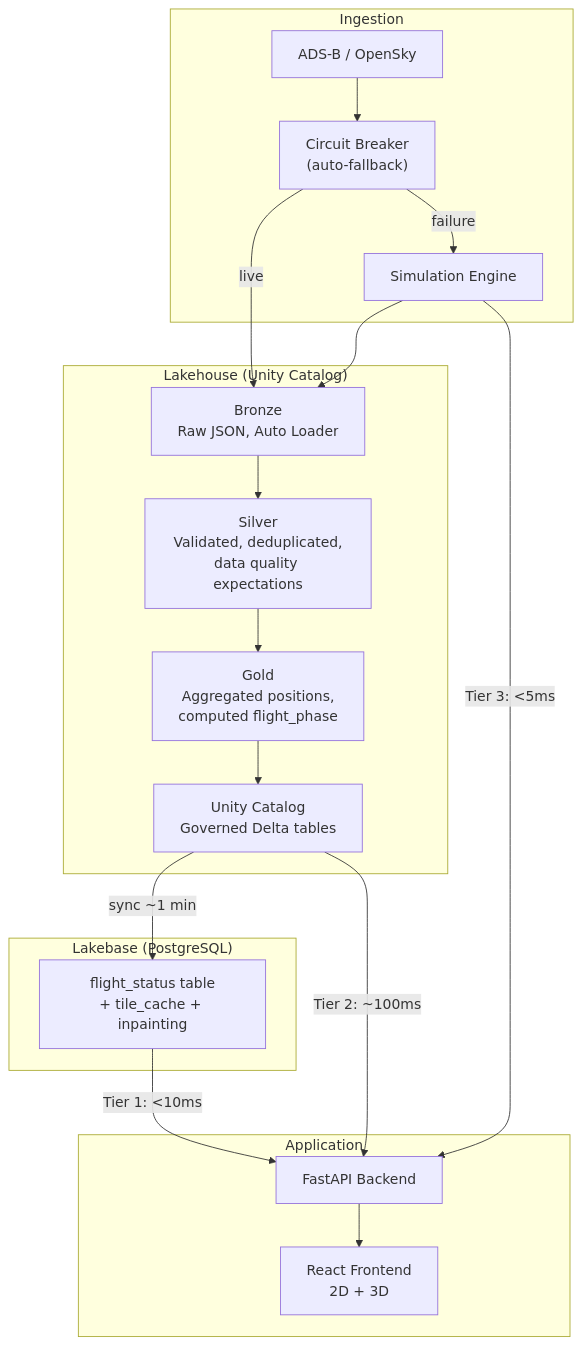
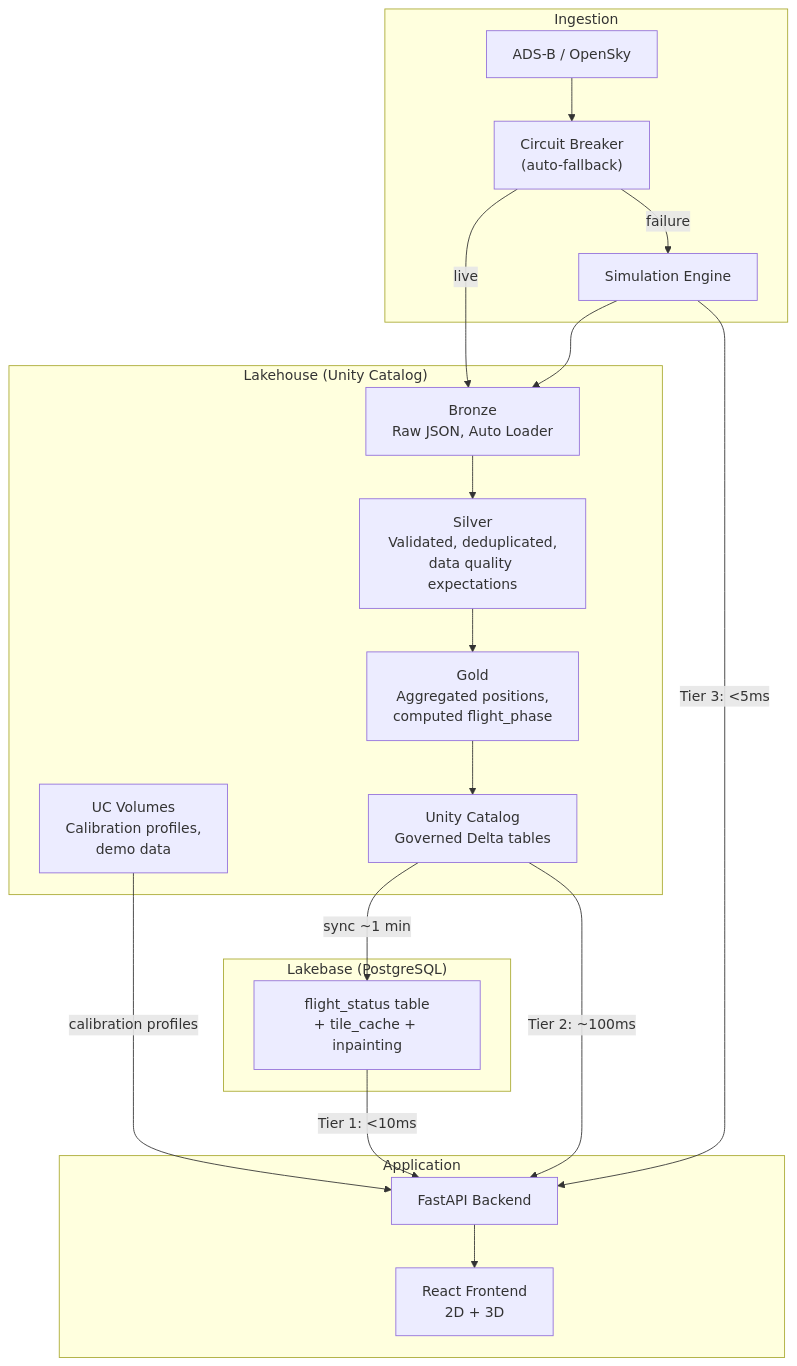
One commit to LaurentPRAT-DB/databricks-airport-digital-twin changed the second of 5 diagrams in README.md. Above: the diagram before and after it, drawn with Mermaid. The commit also changed other lines of this file and 4 other files, not shown here.

First line of the commit message:
docs: update documentation to reflect UC Volume storage for calibration profiles

````diff
--- a/README.md
+++ b/README.md
@@ -123,33 +123,35 @@
 ```mermaid
 graph TB
     subgraph "Ingestion"
         ADS["ADS-B / OpenSky"]
         SYN["Simulation Engine"]
         CB["Circuit Breaker<br/>(auto-fallback)"]
     end
 
     subgraph "Lakehouse (Unity Catalog)"
         B["Bronze<br/>Raw JSON, Auto Loader"]
         S["Silver<br/>Validated, deduplicated,<br/>data quality expectations"]
         G["Gold<br/>Aggregated positions,<br/>computed flight_phase"]
         UC["Unity Catalog<br/>Governed Delta tables"]
+        VOL["UC Volumes<br/>Calibration profiles,<br/>demo data"]
     end
 
     subgraph "Lakebase (PostgreSQL)"
         LB["flight_status table<br/>+ tile_cache + inpainting"]
     end
 
     subgraph "Application"
         API["FastAPI Backend"]
         FE["React Frontend<br/>2D + 3D"]
     end
 
     ADS --> CB -->|live| B
     CB -->|failure| SYN --> B
     B --> S --> G --> UC
     UC -->|sync ~1 min| LB
+    VOL -->|calibration profiles| API
     LB -->|"Tier 1: <10ms"| API
     UC -->|"Tier 2: ~100ms"| API
     SYN -->|"Tier 3: <5ms"| API
     API --> FE
 ```
````
